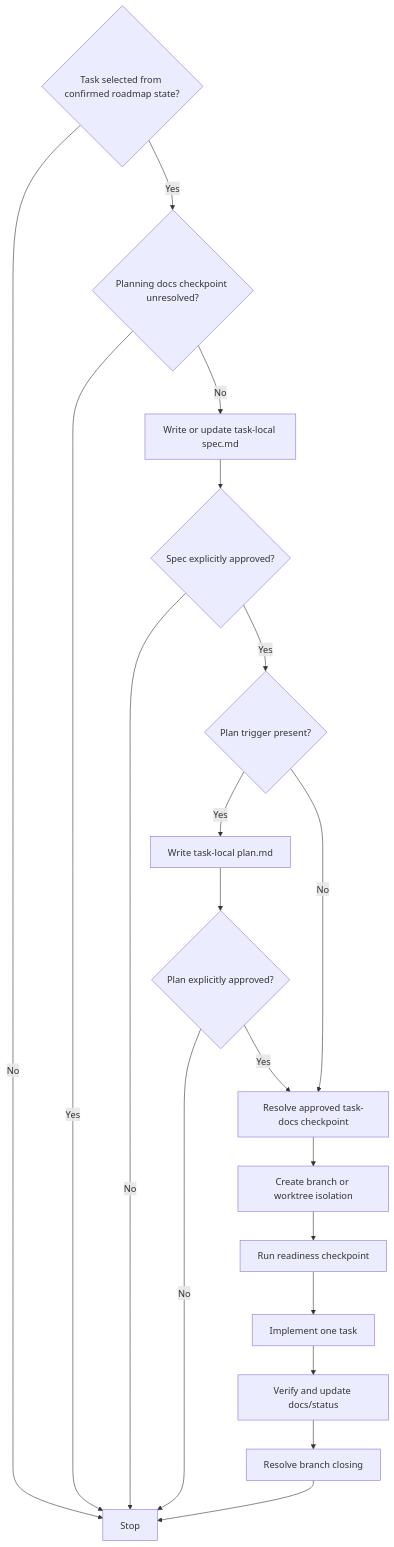
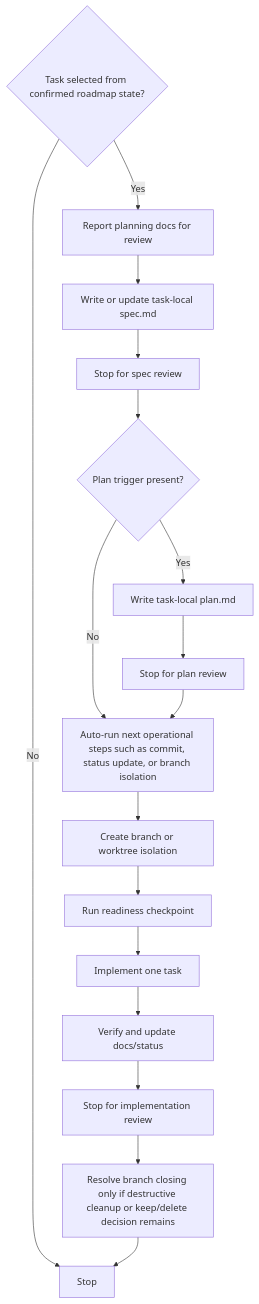
The sixth of 6 diagrams in WORKFLOW-STRUCTURE.md (Adol1111/doc-driven-spec-workflow), drawn with Mermaid before and after one commit. The commit also changed other lines of this file and 14 other files, not shown here.

````diff
--- a/WORKFLOW-STRUCTURE.md
+++ b/WORKFLOW-STRUCTURE.md
@@ -207,36 +207,35 @@
 ```mermaid
 flowchart TD
     Selected{Task selected from confirmed roadmap state?}
-    PlanningCheckpoint{Planning docs checkpoint unresolved?}
+    PlanningReview[Report planning docs for review]
     Spec[Write or update task-local spec.md]
-    SpecApproved{Spec explicitly approved?}
+    SpecReview[Stop for spec review]
     NeedsPlan{Plan trigger present?}
     Plan[Write task-local plan.md]
-    PlanApproved{Plan explicitly approved?}
-    DocsCheckpoint[Resolve approved task-docs checkpoint]
+    PlanReview[Stop for plan review]
+    AutoOps[Auto-run next operational steps such as commit, status update, or branch isolation]
     Isolation[Create branch or worktree isolation]
     Readiness[Run readiness checkpoint]
     Code[Implement one task]
     Verify[Verify and update docs/status]
-    Closing[Resolve branch closing]
+    WrapReview[Stop for implementation review]
+    Closing[Resolve branch closing only if destructive cleanup or keep/delete decision remains]
     Stop[Stop]
 
     Selected -- No --> Stop
-    Selected -- Yes --> PlanningCheckpoint
-    PlanningCheckpoint -- Yes --> Stop
-    PlanningCheckpoint -- No --> Spec
-    Spec --> SpecApproved
-    SpecApproved -- No --> Stop
-    SpecApproved -- Yes --> NeedsPlan
+    Selected -- Yes --> PlanningReview
+    PlanningReview --> Spec
+    Spec --> SpecReview
+    SpecReview --> NeedsPlan
     NeedsPlan -- Yes --> Plan
-    NeedsPlan -- No --> DocsCheckpoint
-    Plan --> PlanApproved
-    PlanApproved -- No --> Stop
-    PlanApproved -- Yes --> DocsCheckpoint
-    DocsCheckpoint --> Isolation
+    NeedsPlan -- No --> AutoOps
+    Plan --> PlanReview
+    PlanReview --> AutoOps
+    AutoOps --> Isolation
     Isolation --> Readiness
     Readiness --> Code
     Code --> Verify
-    Verify --> Closing
+    Verify --> WrapReview
+    WrapReview --> Closing
     Closing --> Stop
 ```
````
